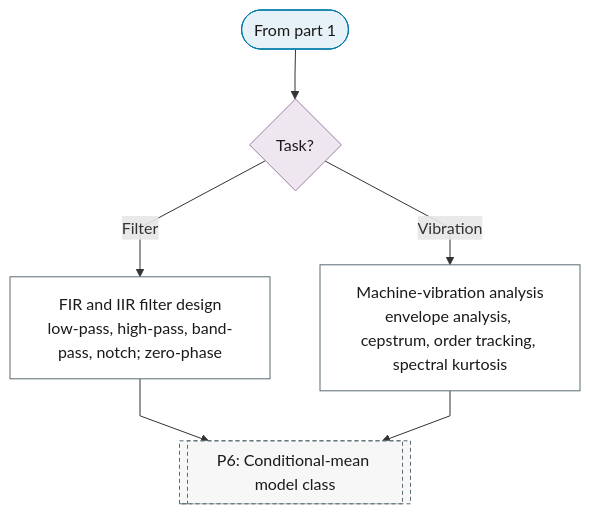
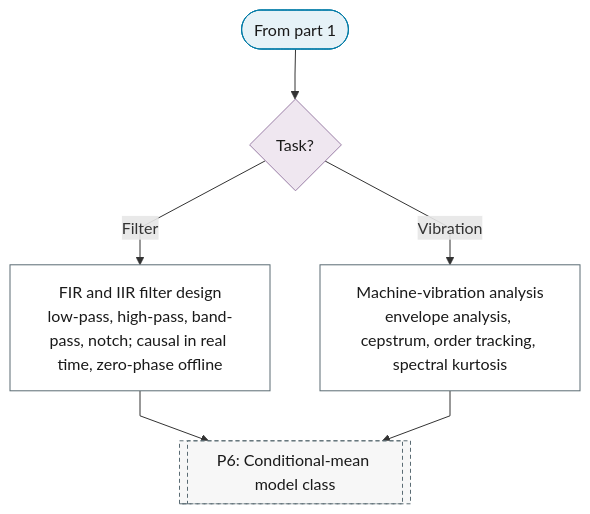
Before and after one commit to Shuxin-Y/time-series-analysis-manual: the second of 2 diagrams in docs/01-workflow/p05-representation/02-frequency-domain.md, drawn with Mermaid. The commit also changed other lines of this file and 8 other files, not shown here.

First line of the commit message:
feat(p5): sampling gate and signal-criteria representation charts

````diff
--- a/docs/01-workflow/p05-representation/02-frequency-domain.md
+++ b/docs/01-workflow/p05-representation/02-frequency-domain.md
@@ -47,20 +49,20 @@
 ```mermaid
 %%{init: {"flowchart": {"curve": "linear"}}}%%
 graph TD
     P5_FD_PART_2_IN(["From part 1"]) --> P5_FD_TASK_2{"Task?"}
-    P5_FD_TASK_2 -->|"Filter"| P5_FD_FILTERS["FIR and IIR filter design<br/>low-pass, high-pass, band-pass, notch; zero-phase"]
+    P5_FD_TASK_2 -->|"Filter"| P5_FD_FILTERS["FIR and IIR filter design<br/>low-pass, high-pass, band-pass, notch; causal in real time, zero-phase offline"]
     P5_FD_TASK_2 -->|"Vibration"| P5_FD_ENVELOPE["Machine-vibration analysis<br/>envelope analysis, cepstrum, order tracking, spectral kurtosis"]
     P5_FD_FILTERS & P5_FD_ENVELOPE --> P6[["P6: Conditional-mean model class"]]
     class P5_FD_PART_2_IN terminator
     class P5_FD_TASK_2 decision
     class P5_FD_FILTERS,P5_FD_ENVELOPE process
     class P6 ref
     classDef terminator fill:#E6F2F7,stroke:#007BA7,color:#1A1A1A;
     classDef process fill:#FFFFFF,stroke:#5A6B73,color:#1A1A1A;
     classDef decision fill:#EFE7F0,stroke:#9B7FA7,color:#1A1A1A;
     classDef data fill:#FFF4E0,stroke:#C9A55E,color:#1A1A1A;
     classDef good fill:#DCEFD8,stroke:#4A7A3F,color:#1A1A1A;
     classDef escalate fill:#FFE9C2,stroke:#C9A55E,color:#1A1A1A;
     classDef problem fill:#F2D9DE,stroke:#800020,color:#1A1A1A;
     classDef ref fill:#F7F7F7,stroke:#5A6B73,color:#1A1A1A,stroke-dasharray:4 3;
 ```
````
